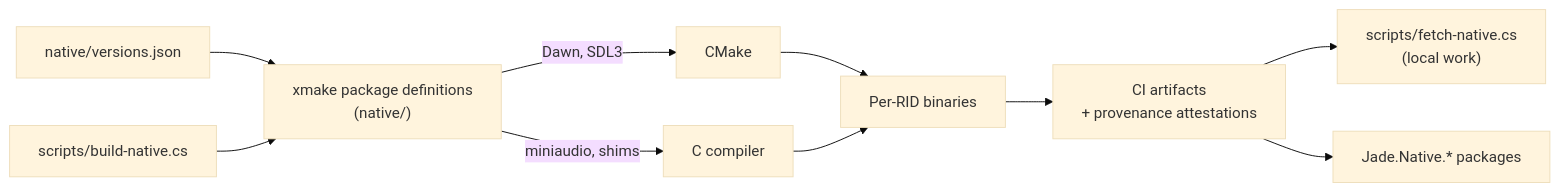
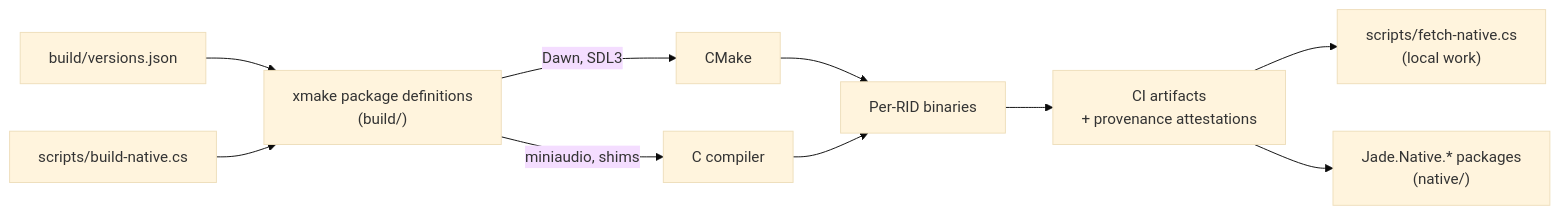
The third of 3 diagrams in docs/architecture.md (AerafalDev/Jade), drawn with Mermaid (base theme) before and after one commit. The commit also changed other lines of this file and 43 other files, not shown here.

````diff
--- a/docs/architecture.md
+++ b/docs/architecture.md
@@ -87,12 +89,12 @@
 ```mermaid
 flowchart LR
-    versions["native/versions.json"] --> xmake["xmake package definitions<br/>(native/)"]
+    versions["build/versions.json"] --> xmake["xmake package definitions<br/>(build/)"]
     xmake -->|Dawn, SDL3| cmake["CMake"]
     xmake -->|miniaudio, shims| cc["C compiler"]
     cmake --> bins["Per-RID binaries"]
     cc --> bins
     bins --> ci["CI artifacts<br/>+ provenance attestations"]
     ci --> fetch["scripts/fetch-native.cs<br/>(local work)"]
-    ci --> pkgs["Jade.Native.* packages"]
+    ci --> pkgs["Jade.Native.* packages<br/>(native/)"]
     local["scripts/build-native.cs"] --> xmake
 ```
````
